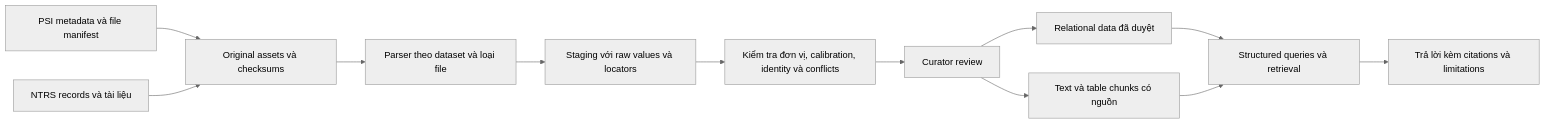
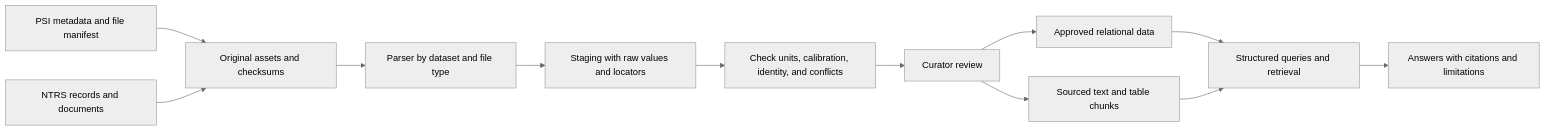
The diagram in integrations/nasa_data/research/nasa-combustion-2026-11-10/report.md (bachkhmt/TourbillionSG-FlameInFreefall), drawn with Mermaid (neutral theme) before and after one commit. The commit also changed other lines of this file and 53 other files, not shown here.

````diff
--- a/integrations/nasa_data/research/nasa-combustion-2026-11-10/report.md
+++ b/integrations/nasa_data/research/nasa-combustion-2026-11-10/report.md
@@ -90,14 +90,14 @@
 ```mermaid
 flowchart LR
-  P[PSI metadata và file manifest] --> O[Original assets và checksums]
-  N[NTRS records và tài liệu] --> O
-  O --> D[Parser theo dataset và loại file]
-  D --> S[Staging với raw values và locators]
-  S --> Q[Kiểm tra đơn vị, calibration, identity và conflicts]
-  Q --> C[Curator review]
-  C --> R[Relational data đã duyệt]
-  C --> T[Text và table chunks có nguồn]
-  R --> H[Structured queries và retrieval]
+  P["PSI metadata and file manifest"] --> O["Original assets and checksums"]
+  N["NTRS records and documents"] --> O
+  O --> D["Parser by dataset and file type"]
+  D --> S["Staging with raw values and locators"]
+  S --> Q["Check units, calibration, identity, and conflicts"]
+  Q --> C["Curator review"]
+  C --> R["Approved relational data"]
+  C --> T["Sourced text and table chunks"]
+  R --> H["Structured queries and retrieval"]
   T --> H
-  H --> A[Trả lời kèm citations và limitations]
+  H --> A["Answers with citations and limitations"]
 ```
````
